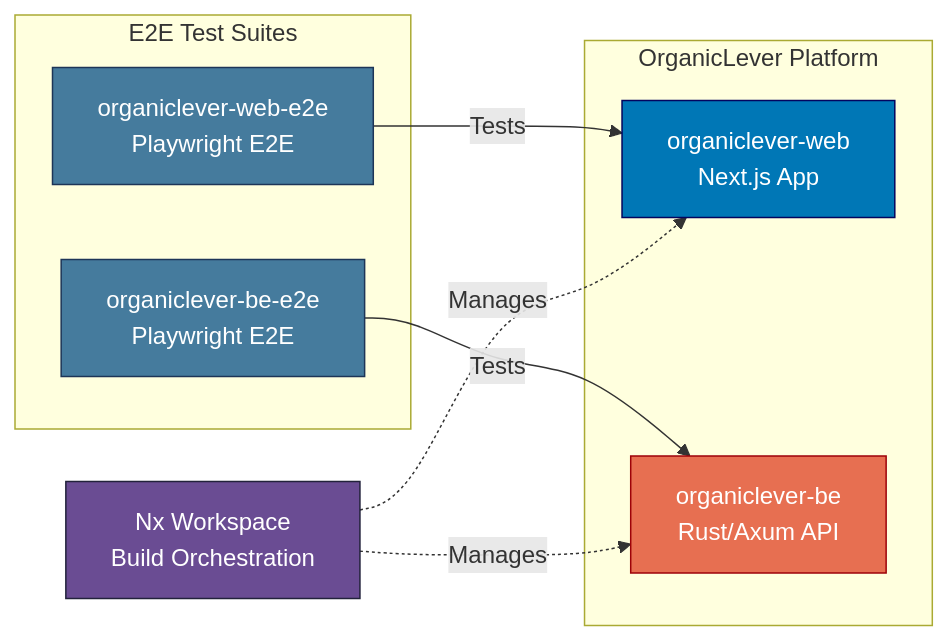
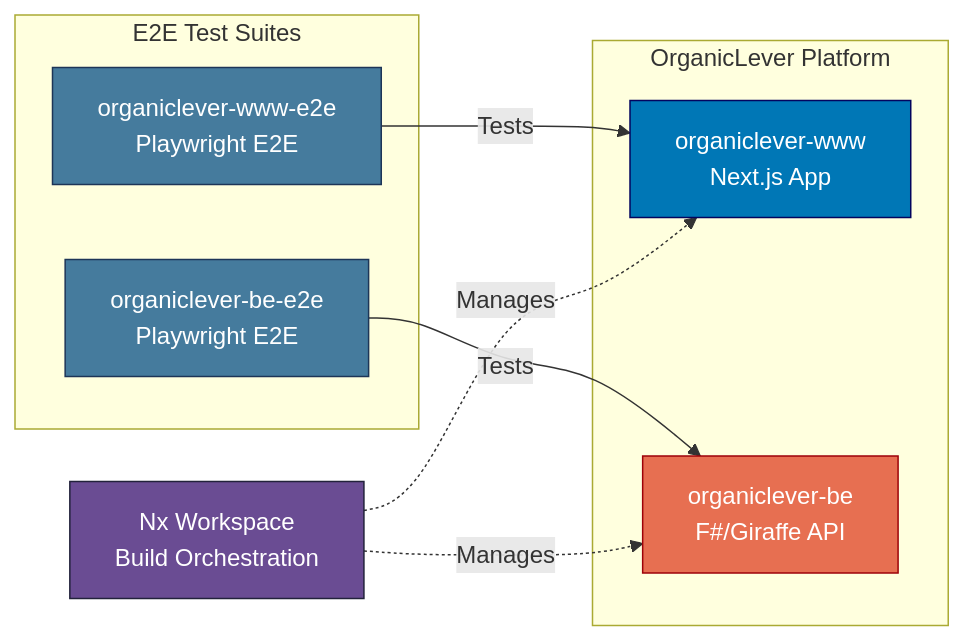
The third of 3 diagrams in docs/reference/system-architecture/applications.md (wahidyankf/baseerah), drawn with Mermaid before and after one commit. The commit also changed other lines of this file and 103 other files, not shown here.

First line of the commit message:
docs: sweep stale app names to -www/-be tiers; sanction www app type (Phase 9)

````diff
--- a/docs/reference/system-architecture/applications.md
+++ b/docs/reference/system-architecture/applications.md
@@ -256,25 +269,25 @@
 ```mermaid
 graph LR
     subgraph "OrganicLever Platform"
-        OL_FE[organiclever-web<br/>Next.js App]
-        OL_BE[organiclever-be<br/>Rust/Axum API]
+        OL_FE[organiclever-www<br/>Next.js App]
+        OL_BE[organiclever-be<br/>F#/Giraffe API]
     end
 
     subgraph "E2E Test Suites"
-        OL_FE_E2E[organiclever-web-e2e<br/>Playwright E2E]
+        OL_FE_E2E[organiclever-www-e2e<br/>Playwright E2E]
         OL_BE_E2E[organiclever-be-e2e<br/>Playwright E2E]
     end
 
     NX[Nx Workspace<br/>Build Orchestration]
 
     OL_FE_E2E -->|Tests| OL_FE
     OL_BE_E2E -->|Tests| OL_BE
     NX -.->|Manages| OL_FE
     NX -.->|Manages| OL_BE
 
     style OL_FE fill:#0077b6,stroke:#03045e,color:#ffffff
     style OL_BE fill:#e76f51,stroke:#9d0208,color:#ffffff
     style OL_FE_E2E fill:#457b9d,stroke:#1d3557,color:#ffffff
     style OL_BE_E2E fill:#457b9d,stroke:#1d3557,color:#ffffff
     style NX fill:#6a4c93,stroke:#22223b,color:#ffffff
 ```
````
